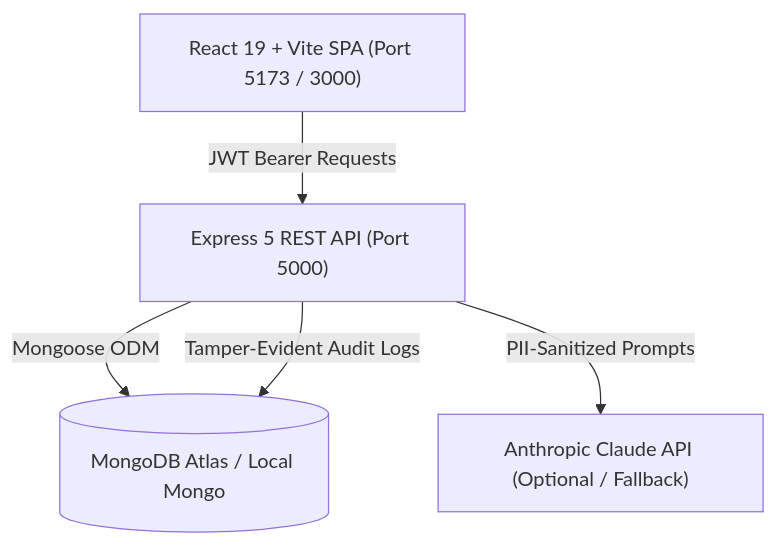
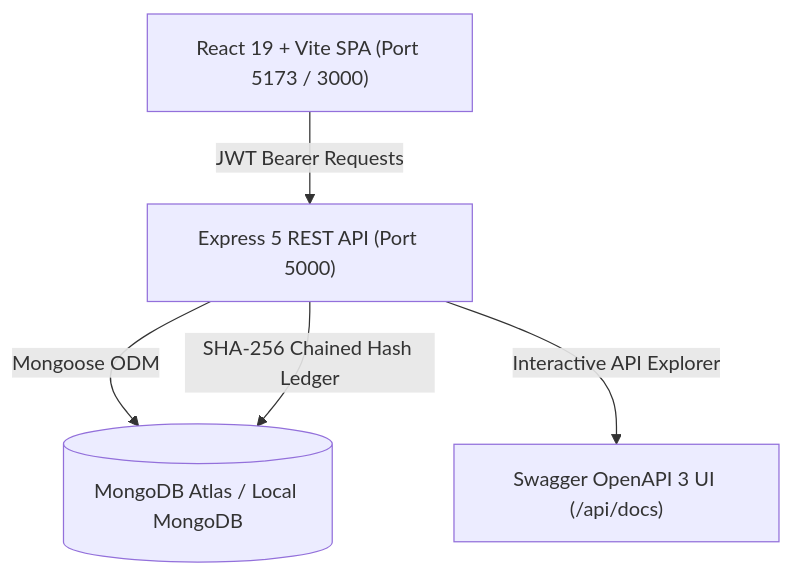
One commit to Abhishek-18-abhi/Alumni-Mentor-Project changed the diagram in README.md. Above: the diagram before and after it, drawn with Mermaid. The commit also changed other lines of this file, not shown here.

Commit message:
docs: update README with comprehensive features, test suite, and architecture

````diff
--- a/README.md
+++ b/README.md
@@ -20,12 +68,12 @@
 ```mermaid
 flowchart TD
     Client["React 19 + Vite SPA (Port 5173 / 3000)"]
     API["Express 5 REST API (Port 5000)"]
-    DB[(MongoDB Atlas / Local Mongo)]
-    AI["Anthropic Claude API (Optional / Fallback)"]
+    DB[(MongoDB Atlas / Local MongoDB)]
+    Docs["Swagger OpenAPI 3 UI (/api/docs)"]
 
     Client -->|JWT Bearer Requests| API
     API -->|Mongoose ODM| DB
-    API -->|PII-Sanitized Prompts| AI
-    API -->|Tamper-Evident Audit Logs| DB
+    API -->|Interactive API Explorer| Docs
+    API -->|SHA-256 Chained Hash Ledger| DB
 ```
````
